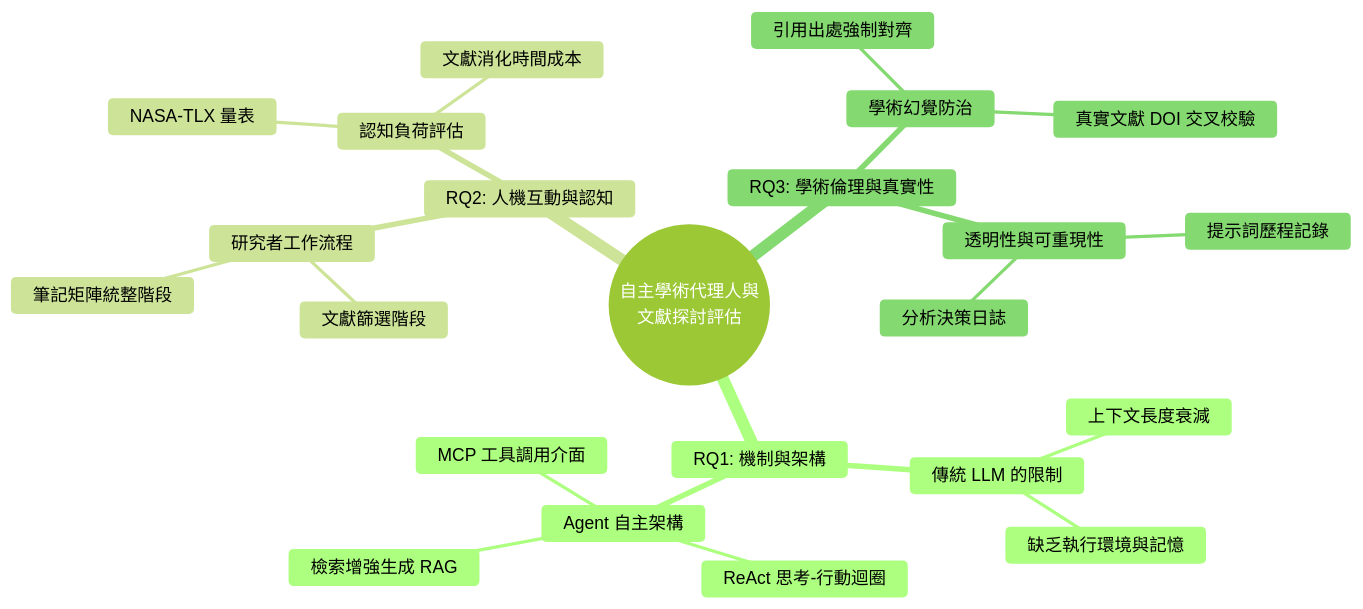
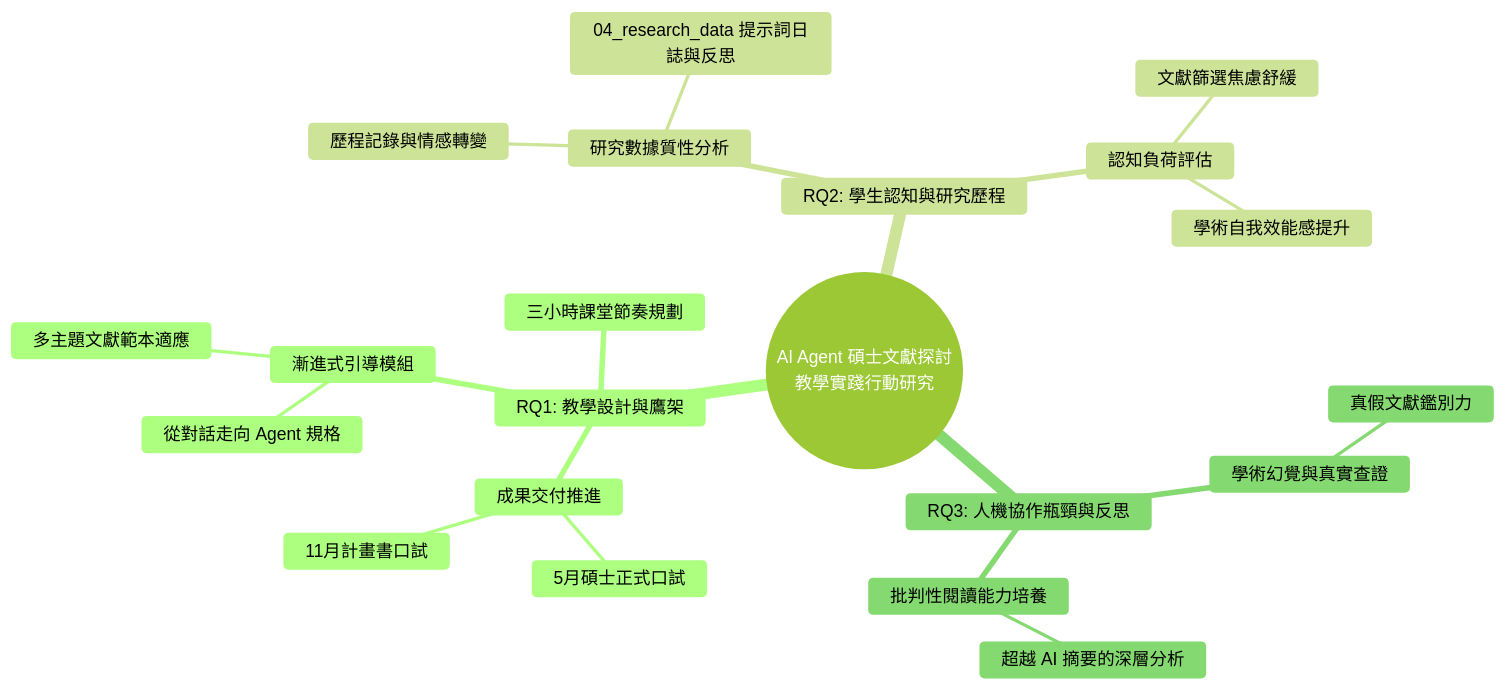
The fourth of 4 diagrams in 01_課程介紹.md (sungchien/literature_agent), drawn with Mermaid (forest theme) before and after one commit. The commit also changed other lines of this file and 5 other files, not shown here.

````diff
--- a/01_課程介紹.md
+++ b/01_課程介紹.md
@@ -307,27 +324,24 @@
 ```mermaid
 mindmap
-  root((自主學術代理人與<br/>文獻探討評估))
-    RQ1: 機制與架構
-      傳統 LLM 的限制
-        上下文長度衰減
-        缺乏執行環境與記憶
-      Agent 自主架構
-        ReAct 思考-行動迴圈
-        MCP 工具調用介面
-        檢索增強生成 RAG
-    RQ2: 人機互動與認知
-      研究者工作流程
-        文獻篩選階段
-        筆記矩陣統整階段
+  root((AI Agent 碩士文獻探討<br/>教學實踐行動研究))
+    RQ1: 教學設計與鷹架
+      三小時課堂節奏規劃
+      漸進式引導模組
+        從對話走向 Agent 規格
+        多主題文獻範本適應
+      成果交付推進
+        11月計畫書口試
+        5月碩士正式口試
+    RQ2: 學生認知與研究歷程
+      研究數據質性分析
+        04_research_data 提示詞日誌與反思
+        歷程記錄與情感轉變
       認知負荷評估
-        NASA-TLX 量表
-        文獻消化時間成本
-    RQ3: 學術倫理與真實性
-      學術幻覺防治
-        引用出處強制對齊
-        真實文獻 DOI 交叉校驗
-      透明性與可重現性
-        提示詞歷程記錄
-        分析決策日誌
-
+        文獻篩選焦慮舒緩
+        學術自我效能感提升
+    RQ3: 人機協作瓶頸與反思
+      學術幻覺與真實查證
+        真假文獻鑑別力
+      批判性閱讀能力培養
+        超越 AI 摘要的深層分析
 ```
````
